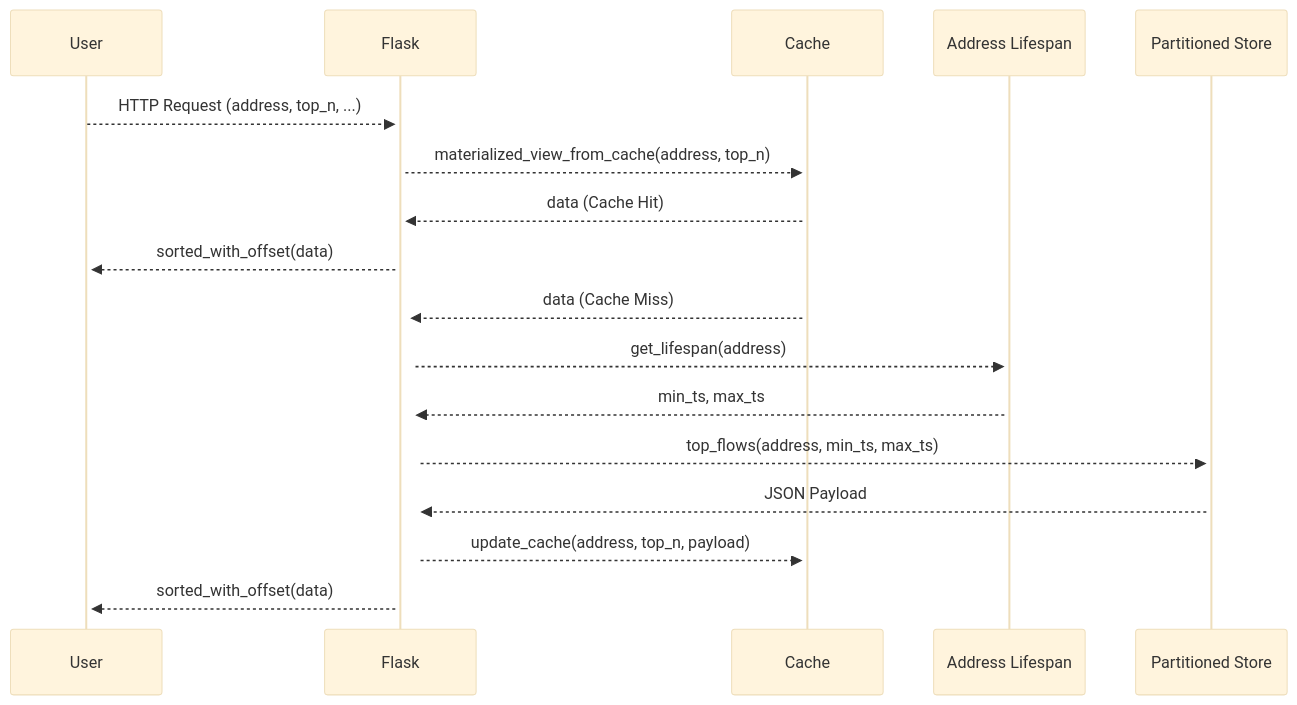
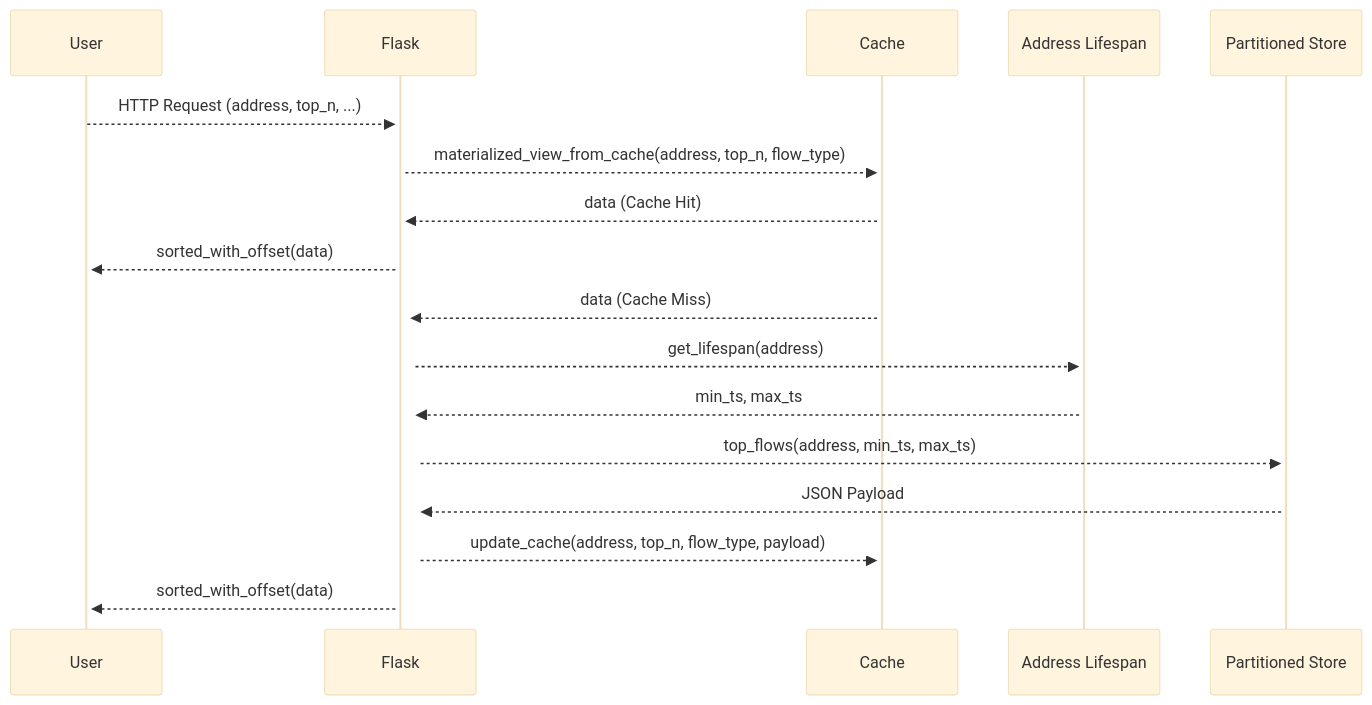
The diagram in doc/sequence_diagram.mermaid (rahurkar/trm), drawn with Mermaid (base theme) before and after one commit. The commit also changed 7 other files, not shown here.

```diff
--- a/doc/sequence_diagram.mermaid
+++ b/doc/sequence_diagram.mermaid
@@ -1,12 +1,12 @@
 sequenceDiagram
     User-->>+Flask: HTTP Request (address, top_n, ...)
-    Flask-->>+Cache: materialized_view_from_cache(address, top_n)
+    Flask-->>+Cache: materialized_view_from_cache(address, top_n, flow_type)
     Cache-->>+Flask: data (Cache Hit)
     Flask-->>+User: sorted_with_offset(data)
     Cache-->>+Flask: data (Cache Miss)
     Flask-->>+Address Lifespan: get_lifespan(address)
     Address Lifespan-->>+Flask: min_ts, max_ts
     Flask-->>+Partitioned Store: top_flows(address, min_ts, max_ts)
     Partitioned Store-->>Flask: JSON Payload
-    Flask-->>+Cache: update_cache(address, top_n, payload)
+    Flask-->>+Cache: update_cache(address, top_n, flow_type, payload)
     Flask-->>+User: sorted_with_offset(data)
```
